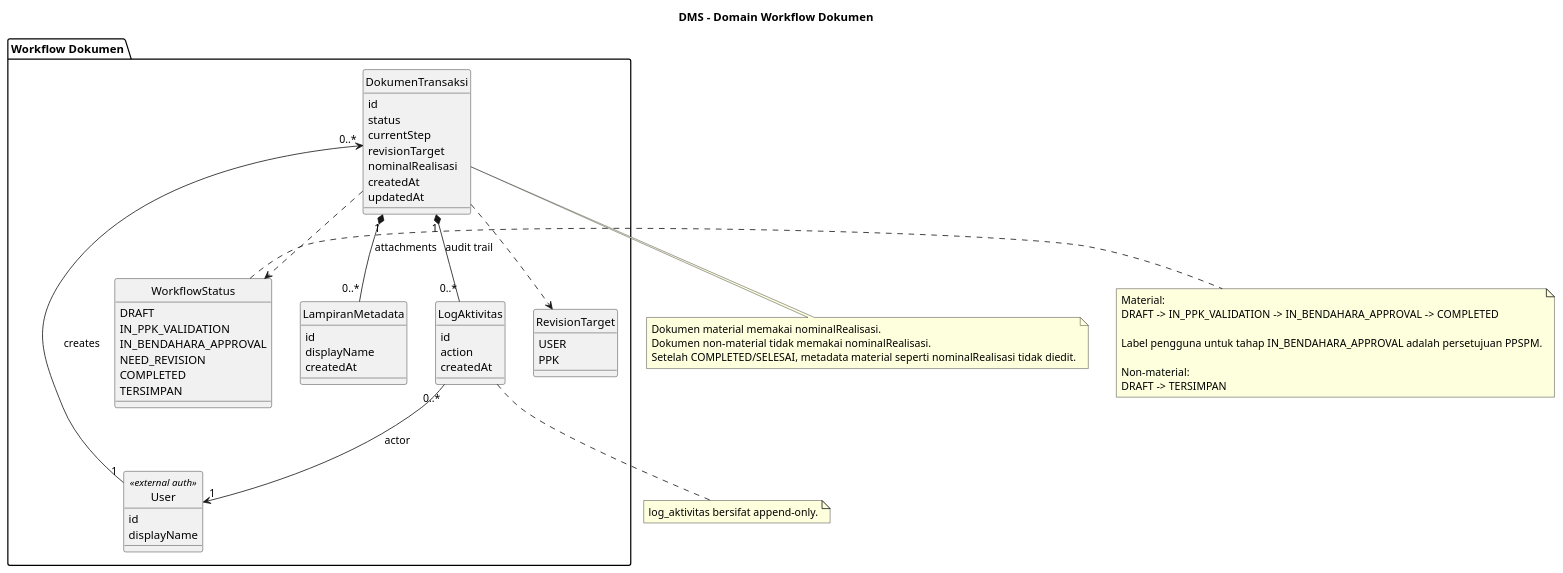
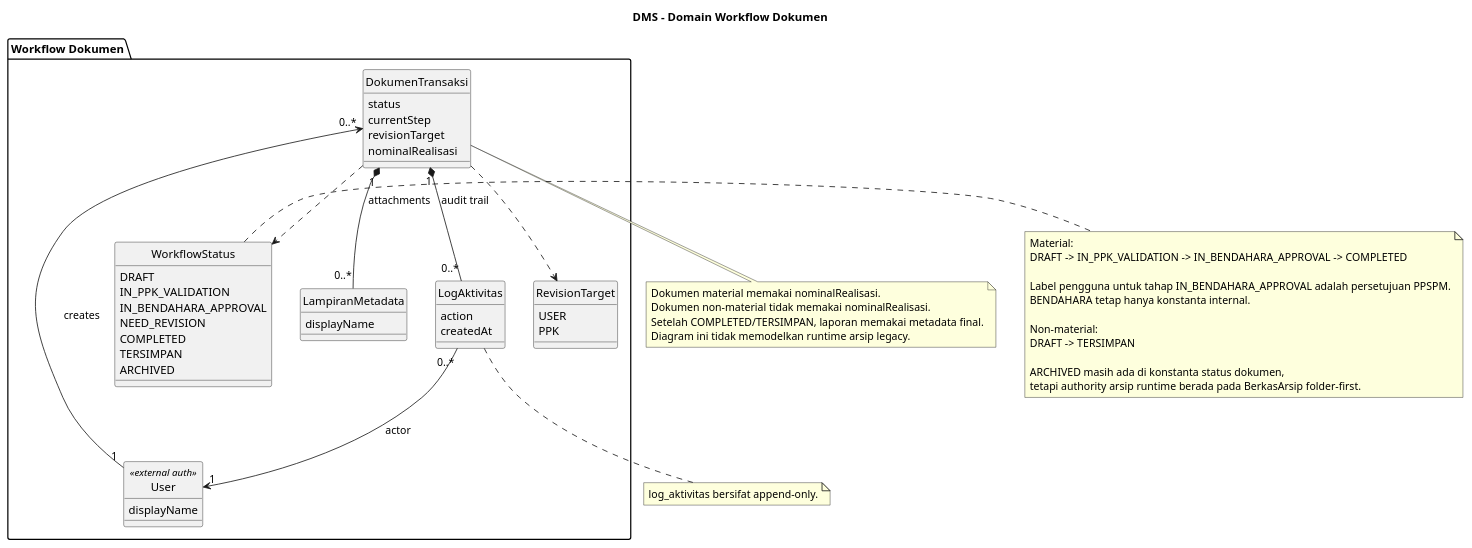
The diagram in docs/diagrams/domain/document-workflow-domain.puml (BingoAndBro/kepser-postgres-migration), drawn with PlantUML before and after one commit. The commit also changed 8 other files, not shown here.

Commit message:
Refine DMS PlantUML diagram sources

```diff
--- a/docs/diagrams/domain/document-workflow-domain.puml
+++ b/docs/diagrams/domain/document-workflow-domain.puml
@@ -1,77 +1,76 @@
 @startuml
 title DMS - Domain Workflow Dokumen
 
 skinparam classAttributeIconSize 0
 hide circle
 
 package "Workflow Dokumen" {
   class User <<external auth>> {
-    id
     displayName
   }
 
   class DokumenTransaksi {
-    id
     status
     currentStep
     revisionTarget
     nominalRealisasi
-    createdAt
-    updatedAt
   }
 
   class LampiranMetadata {
-    id
     displayName
-    createdAt
   }
 
   class LogAktivitas {
-    id
     action
     createdAt
   }
 
   enum WorkflowStatus {
     DRAFT
     IN_PPK_VALIDATION
     IN_BENDAHARA_APPROVAL
     NEED_REVISION
     COMPLETED
     TERSIMPAN
+    ARCHIVED
   }
 
   enum RevisionTarget {
     USER
     PPK
   }
 }
 
 User "1" --> "0..*" DokumenTransaksi : creates
 DokumenTransaksi "1" *-- "0..*" LampiranMetadata : attachments
 DokumenTransaksi "1" *-- "0..*" LogAktivitas : audit trail
 LogAktivitas "0..*" --> "1" User : actor
 DokumenTransaksi ..> WorkflowStatus
 DokumenTransaksi ..> RevisionTarget
 
 note right of WorkflowStatus
   Material:
   DRAFT -> IN_PPK_VALIDATION -> IN_BENDAHARA_APPROVAL -> COMPLETED
 
   Label pengguna untuk tahap IN_BENDAHARA_APPROVAL adalah persetujuan PPSPM.
+  BENDAHARA tetap hanya konstanta internal.
 
   Non-material:
   DRAFT -> TERSIMPAN
+
+  ARCHIVED masih ada di konstanta status dokumen,
+  tetapi authority arsip runtime berada pada BerkasArsip folder-first.
 end note
 
 note bottom of DokumenTransaksi
   Dokumen material memakai nominalRealisasi.
   Dokumen non-material tidak memakai nominalRealisasi.
-  Setelah COMPLETED/SELESAI, metadata material seperti nominalRealisasi tidak diedit.
+  Setelah COMPLETED/TERSIMPAN, laporan memakai metadata final.
+  Diagram ini tidak memodelkan runtime arsip legacy.
 end note
 
 note bottom of LogAktivitas
   log_aktivitas bersifat append-only.
 end note
 
 @enduml
```
